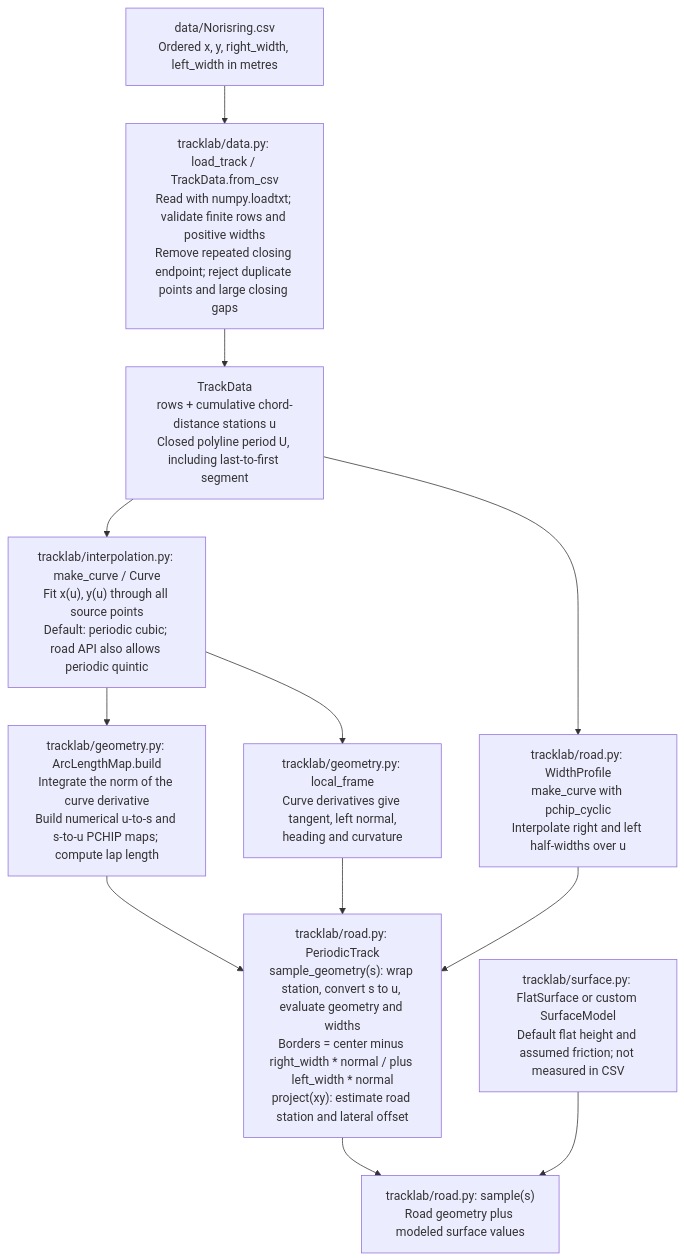
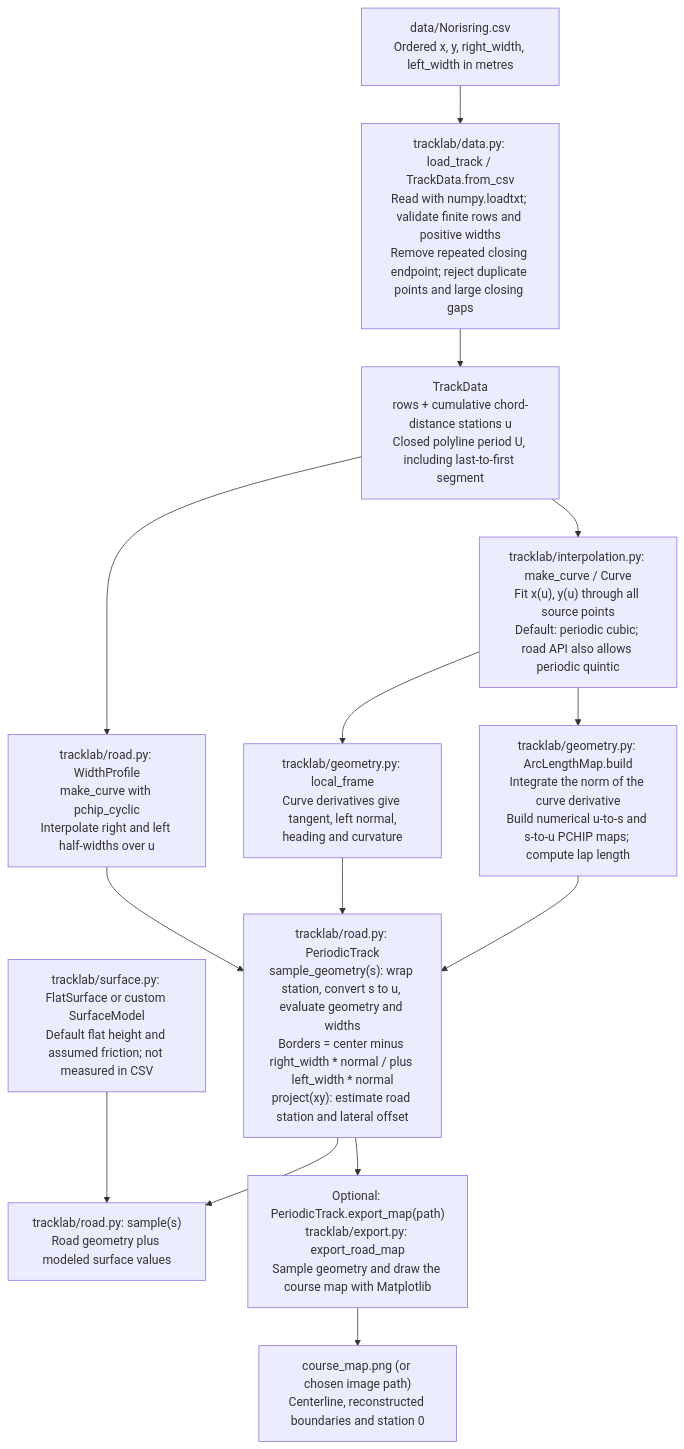
The first of 3 diagrams in README.md (qdb048sta/racetrack_components), drawn with Mermaid before and after one commit. The commit also changed other lines of this file and 2 other files, not shown here.

Commit message:
add visualization of course map right after the interpolation is finished

````diff
--- a/README.md
+++ b/README.md
@@ -47,23 +52,26 @@
 ```mermaid
 flowchart TD
     CSV["data/Norisring.csv<br/>Ordered x, y, right_width, left_width in metres"]
     LOAD["tracklab/data.py: load_track / TrackData.from_csv<br/>Read with numpy.loadtxt; validate finite rows and positive widths<br/>Remove repeated closing endpoint; reject duplicate points and large closing gaps"]
     DATA["TrackData<br/>rows + cumulative chord-distance stations u<br/>Closed polyline period U, including last-to-first segment"]
     CENTER["tracklab/interpolation.py: make_curve / Curve<br/>Fit x(u), y(u) through all source points<br/>Default: periodic cubic; road API also allows periodic quintic"]
     WIDTH["tracklab/road.py: WidthProfile<br/>make_curve with pchip_cyclic<br/>Interpolate right and left half-widths over u"]
     ARC["tracklab/geometry.py: ArcLengthMap.build<br/>Integrate the norm of the curve derivative<br/>Build numerical u-to-s and s-to-u PCHIP maps; compute lap length"]
     FRAME["tracklab/geometry.py: local_frame<br/>Curve derivatives give tangent, left normal,<br/>heading and curvature"]
     ROAD["tracklab/road.py: PeriodicTrack<br/>sample_geometry(s): wrap station, convert s to u, evaluate geometry and widths<br/>Borders = center minus right_width * normal / plus left_width * normal<br/>project(xy): estimate road station and lateral offset"]
     SURFACE["tracklab/surface.py: FlatSurface or custom SurfaceModel<br/>Default flat height and assumed friction; not measured in CSV"]
     SAMPLE["tracklab/road.py: sample(s)<br/>Road geometry plus modeled surface values"]
+    MAP["Optional: PeriodicTrack.export_map(path)<br/>tracklab/export.py: export_road_map<br/>Sample geometry and draw the course map with Matplotlib"]
+    MAPFILE["course_map.png (or chosen image path)<br/>Centerline, reconstructed boundaries and station 0"]
     CSV --> LOAD --> DATA
     DATA --> CENTER
     DATA --> WIDTH
     CENTER --> ARC
     CENTER --> FRAME
     ARC --> ROAD
     FRAME --> ROAD
     WIDTH --> ROAD
     ROAD --> SAMPLE
     SURFACE --> SAMPLE
+    ROAD --> MAP --> MAPFILE
 ```
````
